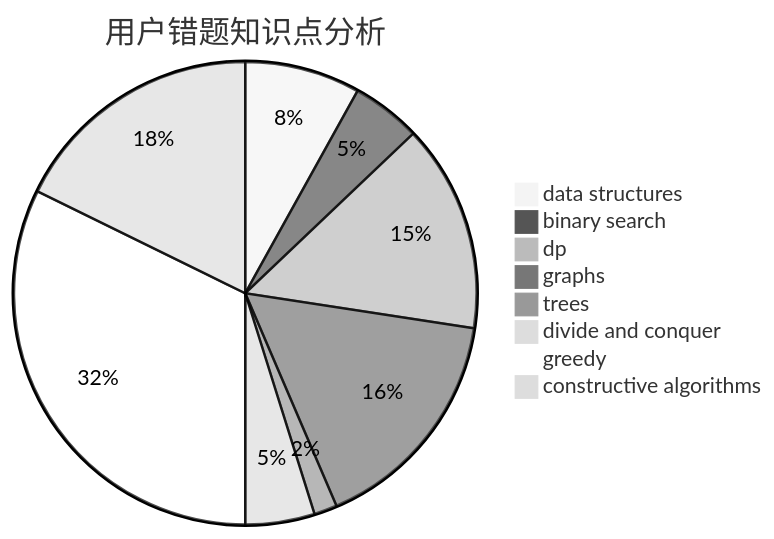
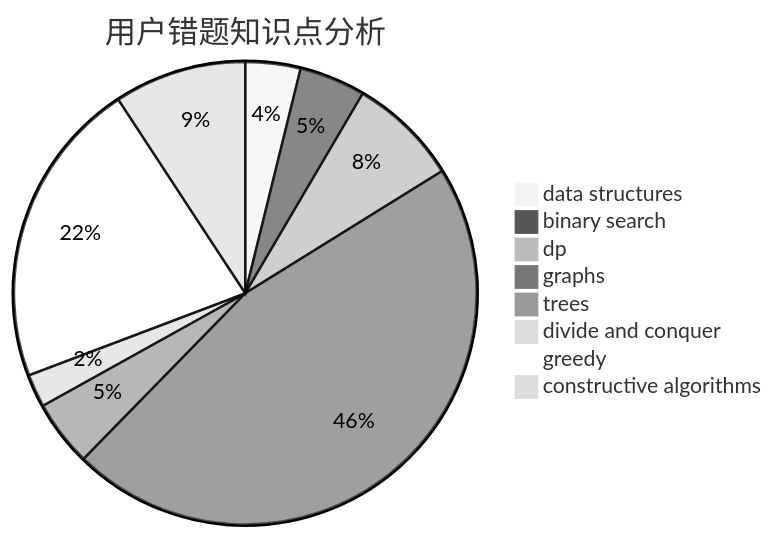
The third of 3 diagrams in docs/user/u1201.md (sherpahu/cfrs.github.io), drawn with Mermaid (neutral theme) before and after one commit. The commit also changed other lines of this file and 2770 other files, not shown here.

````diff
--- a/docs/user/u1201.md
+++ b/docs/user/u1201.md
@@ -36,11 +36,11 @@
 ```mermaid
 pie title 用户错题知识点分析
     "data structures" :  5
-    "binary search" :  3
-    "dp" :  9
-    "graphs" :  10
-    "trees" :  1
+    "binary search" :  6
+    "dp" :  10
+    "graphs" :  60
+    "trees" :  6
     "divide and conquer" :  3
-    "greedy" :  20
-    "constructive algorithms" :  11
+    "greedy" :  28
+    "constructive algorithms" :  12
 ```
````
